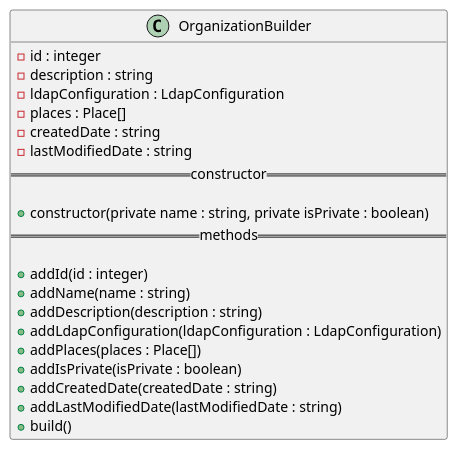
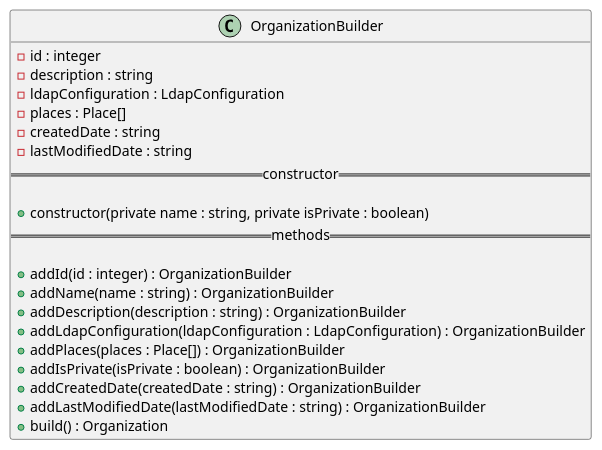
The diagram in docs/diagrams/classes/Organization/OrganizationBuilder.pu (GruppOne/stalker-web-app), drawn with PlantUML before and after one commit. The commit also changed 16 other files, not shown here.

```diff
--- a/docs/diagrams/classes/Organization/OrganizationBuilder.pu
+++ b/docs/diagrams/classes/Organization/OrganizationBuilder.pu
@@ -1,24 +1,24 @@
 @startuml OrganizationBuilder Diagram
 class OrganizationBuilder {
   - id : integer
   - description : string
   - ldapConfiguration : LdapConfiguration
   - places : Place[]
   - createdDate : string
   - lastModifiedDate : string
   == constructor ==
 
   + constructor(private name : string, private isPrivate : boolean)
   == methods ==
 
-  + addId(id : integer)
-  + addName(name : string)
-  + addDescription(description : string)
-  + addLdapConfiguration(ldapConfiguration : LdapConfiguration)
-  + addPlaces(places : Place[])
-  + addIsPrivate(isPrivate : boolean)
-  + addCreatedDate(createdDate : string)
-  + addLastModifiedDate(lastModifiedDate : string)
-  + build()
+  + addId(id : integer) : OrganizationBuilder
+  + addName(name : string) : OrganizationBuilder
+  + addDescription(description : string) : OrganizationBuilder
+  + addLdapConfiguration(ldapConfiguration : LdapConfiguration) : OrganizationBuilder
+  + addPlaces(places : Place[]) : OrganizationBuilder
+  + addIsPrivate(isPrivate : boolean) : OrganizationBuilder
+  + addCreatedDate(createdDate : string) : OrganizationBuilder
+  + addLastModifiedDate(lastModifiedDate : string) : OrganizationBuilder
+  + build() : Organization
 }
 @enduml
```
